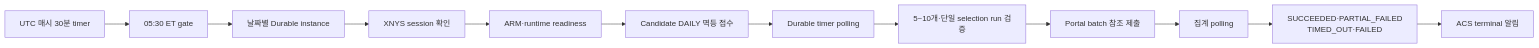
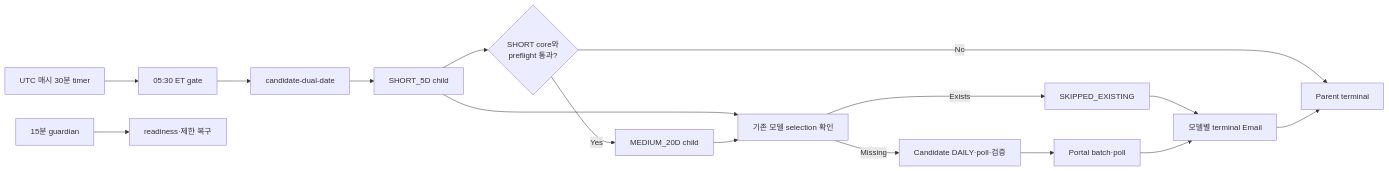
The second of 4 diagrams in .github/modernize/assessment/engines/facts/architecture-diagram.md (brjeong-private/sp500-candidate-engine), drawn with Mermaid before and after one commit. The commit also changed other lines of this file and 21 other files, not shown here.

Commit message:
feat(orchestrator): run daily dual-model pipeline

````diff
--- a/.github/modernize/assessment/engines/facts/architecture-diagram.md
+++ b/.github/modernize/assessment/engines/facts/architecture-diagram.md
@@ -121,14 +137,18 @@
 ```mermaid
 flowchart LR
     Timer["UTC 매시 30분 timer"] --> Gate["05:30 ET gate"]
-    Gate --> Instance["날짜별 Durable instance"]
-    Instance --> Session["XNYS session 확인"]
-    Session --> Ready["ARM·runtime readiness"]
-    Ready --> CandidateSubmit["Candidate DAILY 멱등 접수"]
-    CandidateSubmit --> CandidatePoll["Durable timer polling"]
-    CandidatePoll --> Verify["5~10개·단일 selection run 검증"]
-    Verify --> PortalSubmit["Portal batch 참조 제출"]
-    PortalSubmit --> PortalPoll["집계 polling"]
-    PortalPoll --> Terminal["SUCCEEDED·PARTIAL_FAILED<br/>TIMED_OUT·FAILED"]
-    Terminal --> Email["ACS terminal 알림"]
+    Gate --> Parent["candidate-dual-date"]
+    Parent --> Short["SHORT_5D child"]
+    Short --> Continue{"SHORT core와<br/>preflight 통과?"}
+    Continue -->|"Yes"| Medium["MEDIUM_20D child"]
+    Continue -->|"No"| ParentTerminal["Parent terminal"]
+    Short --> Existing["기존 모델 selection 확인"]
+    Medium --> Existing
+    Existing -->|"Exists"| Skip["SKIPPED_EXISTING"]
+    Existing -->|"Missing"| CandidateSubmit["Candidate DAILY·poll·검증"]
+    CandidateSubmit --> Portal["Portal batch·poll"]
+    Skip --> Email["모델별 terminal Email"]
+    Portal --> Email
+    Email --> ParentTerminal
+    Guardian["15분 guardian"] --> Ready["readiness·제한 복구"]
 ```
````
